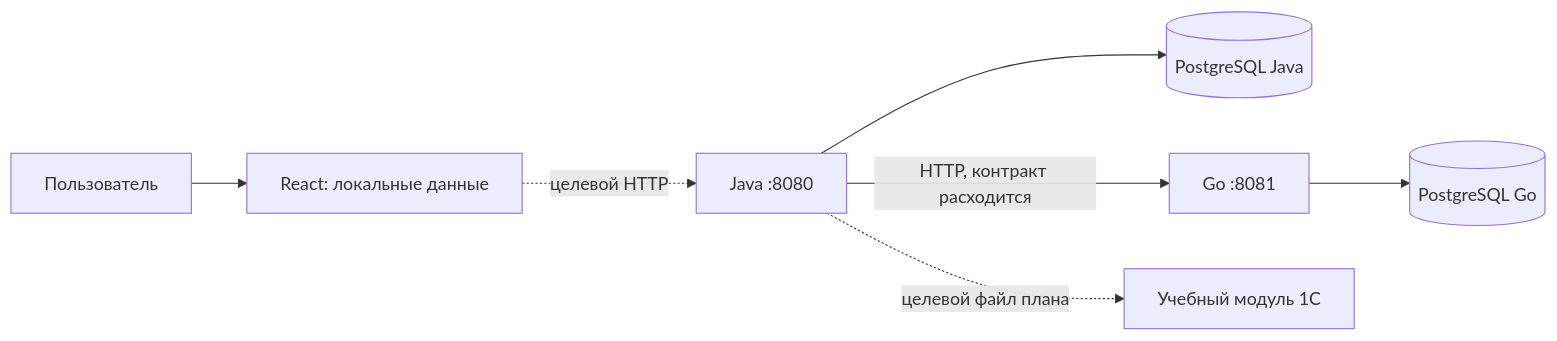
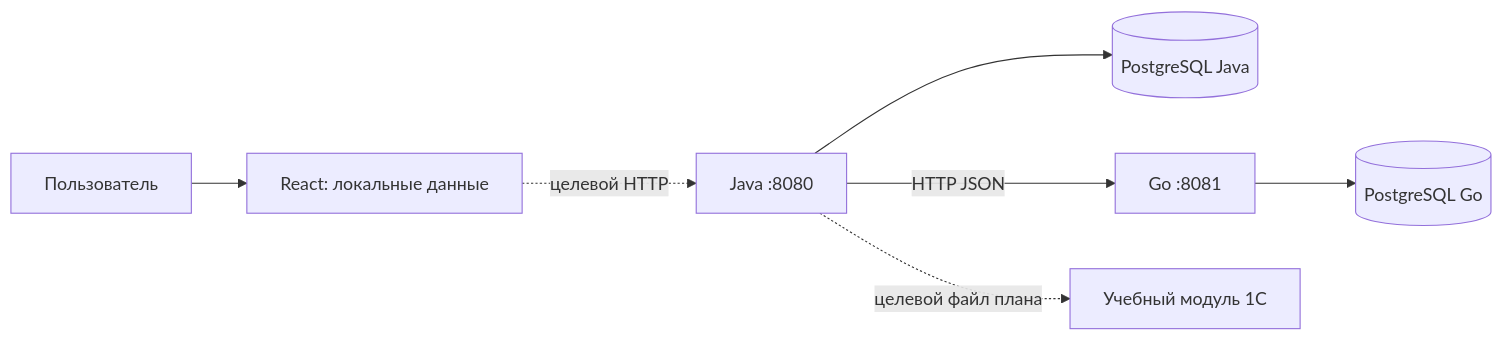
The diagram in docs/03-architecture.md (domninivan/project__K), drawn with Mermaid before and after one commit. The commit also changed other lines of this file and 9 other files, not shown here.

````diff
--- a/docs/03-architecture.md
+++ b/docs/03-architecture.md
@@ -5,9 +5,9 @@
 ```mermaid
 flowchart LR
     U[Пользователь] --> R[React: локальные данные]
     R -. целевой HTTP .-> J[Java :8080]
     J --> JD[(PostgreSQL Java)]
-    J -- HTTP, контракт расходится --> G[Go :8081]
+    J -- HTTP JSON --> G[Go :8081]
     G --> GD[(PostgreSQL Go)]
     J -. целевой файл плана .-> C[Учебный модуль 1С]
 ```
````
